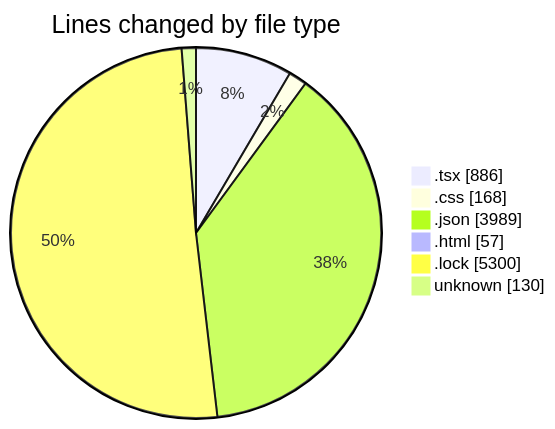
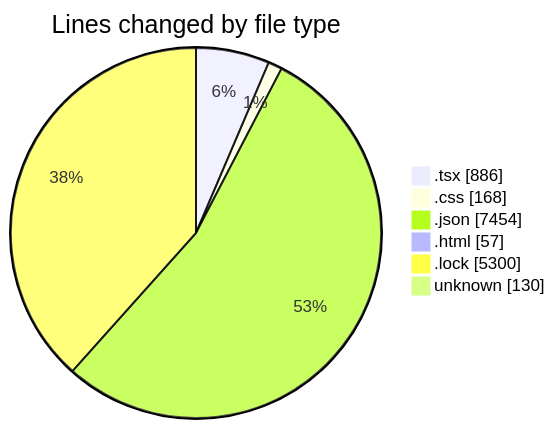
The first of 2 diagrams in 2025-08-12/ribbon/README.md (EIIisD/code-tracking), drawn with Mermaid before and after one commit. The commit also changed other lines of this file and 1 other file, not shown here.

````diff
--- a/2025-08-12/ribbon/README.md
+++ b/2025-08-12/ribbon/README.md
@@ -34,10 +34,10 @@
 ```mermaid
 pie showData
 title Lines changed by file type
 ".tsx" : 886
 ".css" : 168
-".json" : 3989
+".json" : 7454
 ".html" : 57
 ".lock" : 5300
 "unknown" : 130
 ```
````
